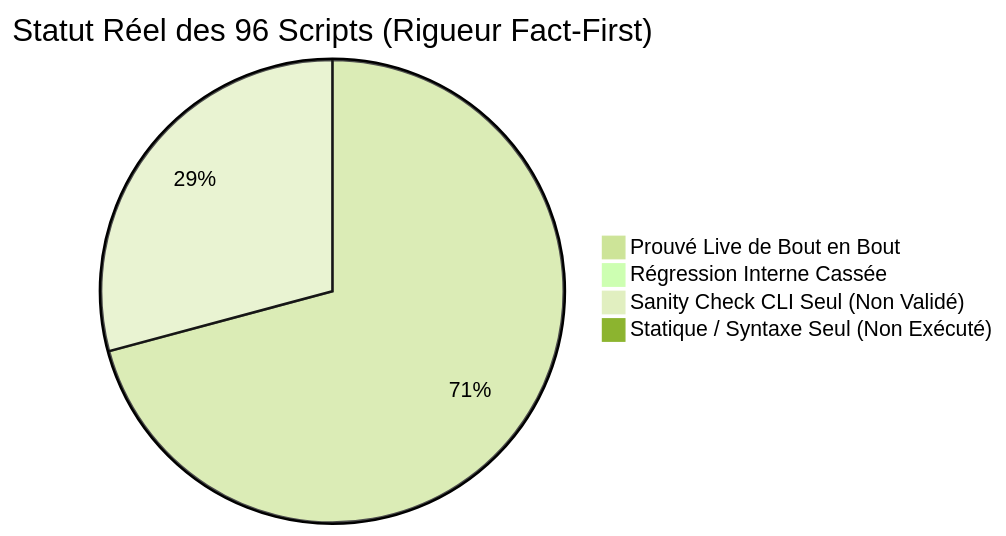
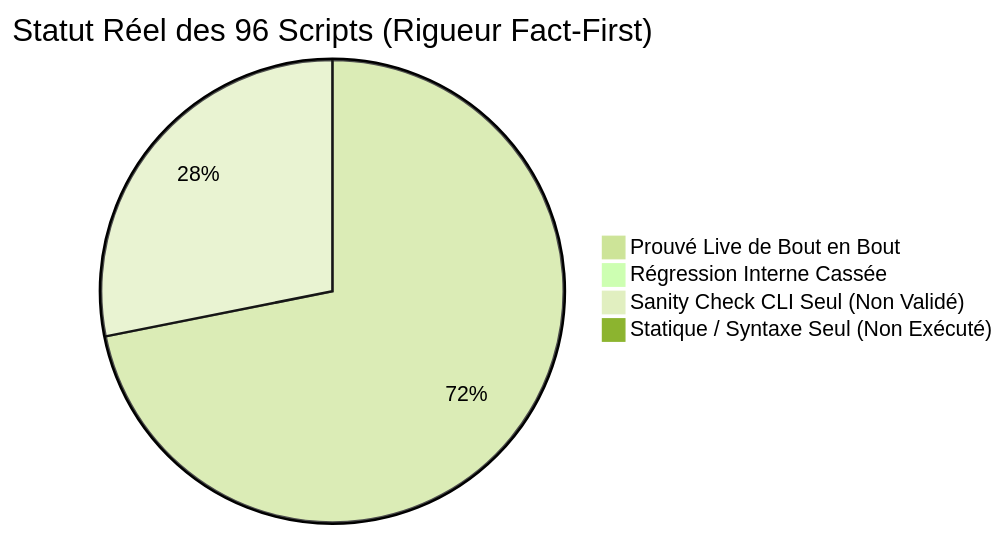
Before and after one commit to yoyonel/pydbsrt: the diagram in docs/reference/2026-11-10-audit-exhaustif-scripts-regressions.md, drawn with Mermaid (forest theme). The commit also changed other lines of this file and 2 other files, not shown here.

First line of the commit message:
fix(benchmarks): dynamic root, absolute paths and cli check mode in eval exhaustive nas snippets (#69)

````diff
--- a/docs/reference/2026-11-10-audit-exhaustif-scripts-regressions.md
+++ b/docs/reference/2026-11-10-audit-exhaustif-scripts-regressions.md
@@ -16,7 +16,7 @@
 ```mermaid
 pie title Statut Réel des 96 Scripts (Rigueur Fact-First)
-    "Prouvé Live de Bout en Bout" : 68
+    "Prouvé Live de Bout en Bout" : 69
     "Régression Interne Cassée" : 0
-    "Sanity Check CLI Seul (Non Validé)" : 28
+    "Sanity Check CLI Seul (Non Validé)" : 27
     "Statique / Syntaxe Seul (Non Exécuté)" : 0
 ```
````
